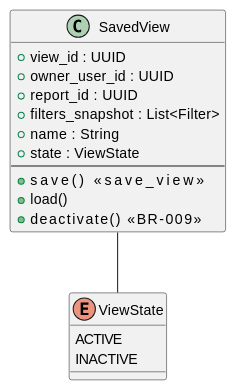
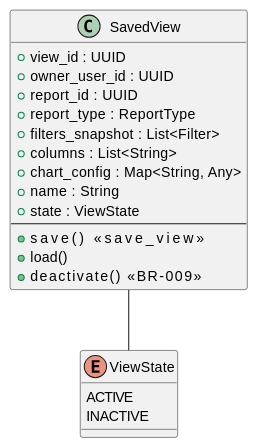
The diagram in source/arquitectura-tecnica/domain-model/saved-view.rst (jcg-admin/IACT-docs), drawn with PlantUML before and after one commit. The commit also changed 6 other files, not shown here.

```diff
--- a/source/arquitectura-tecnica/domain-model/saved-view.rst
+++ b/source/arquitectura-tecnica/domain-model/saved-view.rst
@@ -24,26 +24,29 @@
 .. uml::
  :caption: Clase SavedView — vista guardada de reporte con filtros.
 
  @startuml
 
  class SavedView {
    + view_id : UUID
    + owner_user_id : UUID
    + report_id : UUID
+   + report_type : ReportType
    + filters_snapshot : List<Filter>
+   + columns : List<String>
+   + chart_config : Map<String, Any>
    + name : String
    + state : ViewState
    --
    + save()               <<save_view>>
    + load()
    + deactivate()         <<BR-009>>
  }
 
  enum ViewState {
    ACTIVE
    INACTIVE
  }
 
  SavedView -- ViewState
 
  @enduml
```
